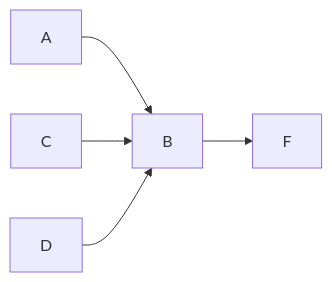
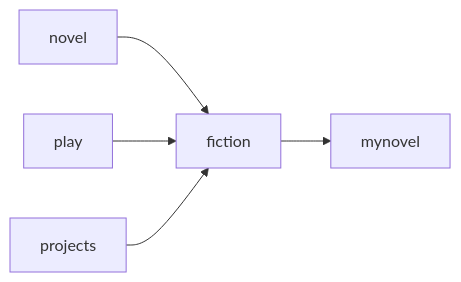
One commit to Neomoorea/obsidian-dagtags changed the diagram in README.md. Above: the diagram before and after it, drawn with Mermaid. The commit also changed other lines of this file, not shown here.

````diff
--- a/README.md
+++ b/README.md
@@ -19,6 +19,6 @@
 ```mermaid
 graph LR
-  A --> B
-  C --> B
-  D --> B --> F
+  novel --> fiction
+  play --> fiction
+  projects --> fiction --> mynovel
 ```
````
